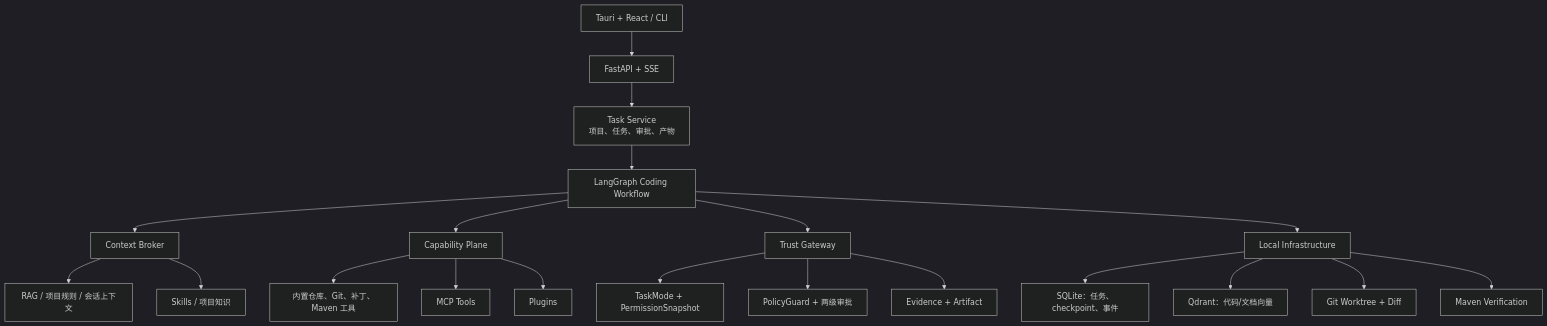
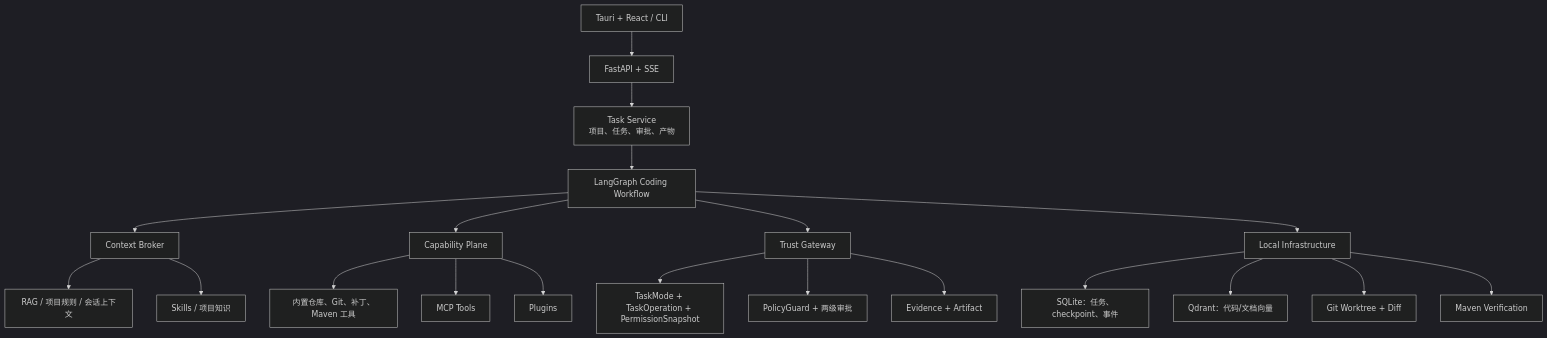
One commit to JX05120LLL/RepoPilot changed the first of 3 diagrams in README.md. Above: the diagram before and after it, drawn with Mermaid (dark theme). The commit also changed other lines of this file and 12 other files, not shown here.

Commit message:
feat: harden task safety and evaluation flow

````diff
--- a/README.md
+++ b/README.md
@@ -109,26 +110,26 @@
 ```mermaid
 flowchart TB
     UI["Tauri + React / CLI"] --> API["FastAPI + SSE"]
     API --> TASK["Task Service<br/>项目、任务、审批、产物"]
     TASK --> GRAPH["LangGraph Coding Workflow"]
 
     GRAPH --> CONTEXT["Context Broker"]
     CONTEXT --> RAG["RAG / 项目规则 / 会话上下文"]
     CONTEXT --> SKILLS["Skills / 项目知识"]
 
     GRAPH --> CAP["Capability Plane"]
     CAP --> BUILTIN["内置仓库、Git、补丁、Maven 工具"]
     CAP --> MCP["MCP Tools"]
     CAP --> PLUGIN["Plugins"]
 
     GRAPH --> TRUST["Trust Gateway"]
-    TRUST --> MODE["TaskMode + PermissionSnapshot"]
+    TRUST --> MODE["TaskMode + TaskOperation + PermissionSnapshot"]
     TRUST --> POLICY["PolicyGuard + 两级审批"]
     TRUST --> AUDIT["Evidence + Artifact"]
 
     GRAPH --> INFRA["Local Infrastructure"]
     INFRA --> SQLITE["SQLite：任务、checkpoint、事件"]
     INFRA --> QDRANT["Qdrant：代码/文档向量"]
     INFRA --> GIT["Git Worktree + Diff"]
     INFRA --> MAVEN["Maven Verification"]
 ```
````
